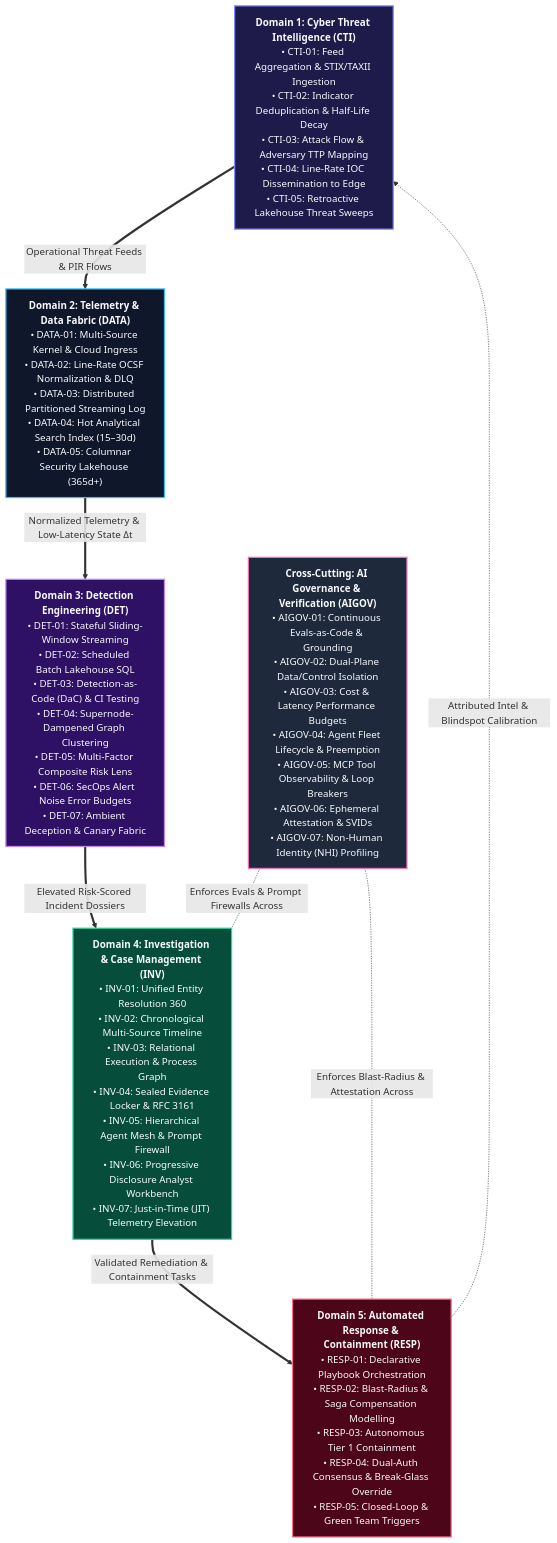
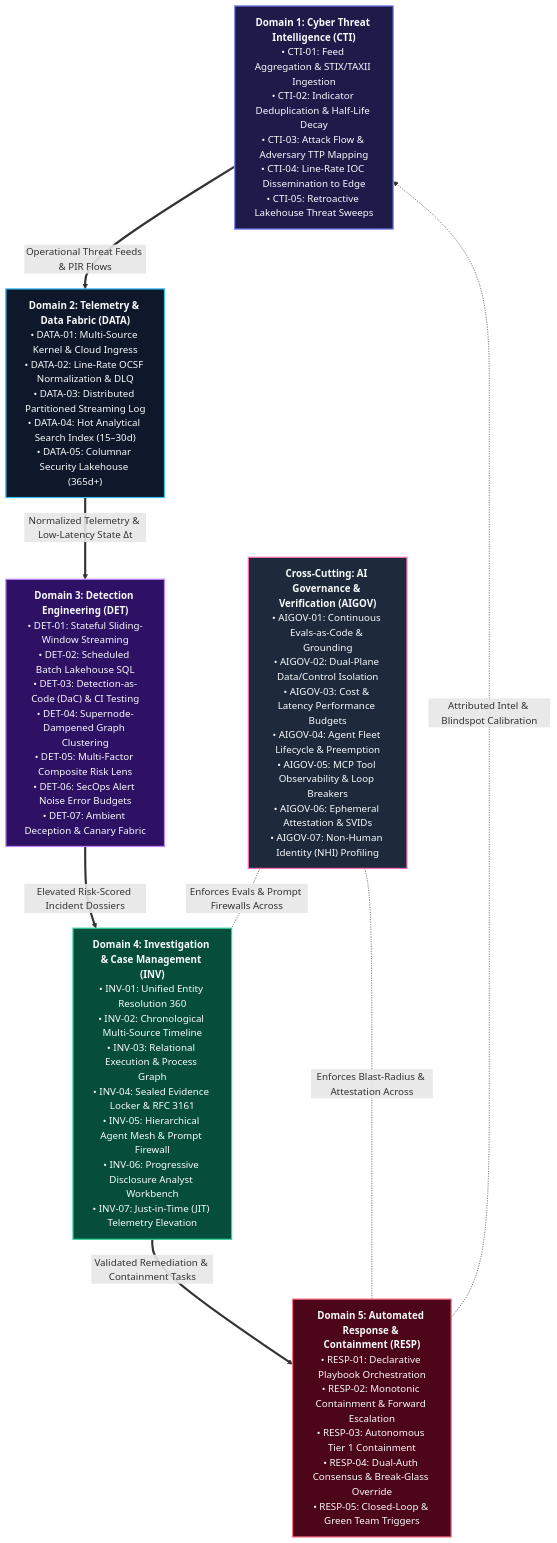
One commit to Haribu/TIDIR changed the diagram in docs/architecture/02-capability-model.md. Above: the diagram before and after it, drawn with Mermaid. The commit also changed other lines of this file and 10 other files, not shown here.

Commit message:
refactor(diagrams): harmonize remaining component diagrams to monotonic containment

````diff
--- a/docs/architecture/02-capability-model.md
+++ b/docs/architecture/02-capability-model.md
@@ -11,30 +11,30 @@
 ```mermaid
 flowchart TB
   %% Class Definitions for High Contrast & Visual Clarity
   classDef cti fill:#1e1b4b,stroke:#818cf8,stroke-width:2px,color:#f8fafc;
   classDef data fill:#0f172a,stroke:#38bdf8,stroke-width:2px,color:#f8fafc;
   classDef det fill:#2e1065,stroke:#c084fc,stroke-width:2px,color:#f8fafc;
   classDef inv fill:#064e3b,stroke:#34d399,stroke-width:2px,color:#f8fafc;
   classDef resp fill:#4c0519,stroke:#fb7185,stroke-width:2px,color:#f8fafc;
   classDef aigov fill:#1e293b,stroke:#f472b6,stroke-width:2px,color:#f8fafc;
 
   D1["<b>Domain 1: Cyber Threat Intelligence (CTI)</b><br/>• CTI-01: Feed Aggregation & STIX/TAXII Ingestion<br/>• CTI-02: Indicator Deduplication & Half-Life Decay<br/>• CTI-03: Attack Flow & Adversary TTP Mapping<br/>• CTI-04: Line-Rate IOC Dissemination to Edge<br/>• CTI-05: Retroactive Lakehouse Threat Sweeps"]:::cti
 
   D2["<b>Domain 2: Telemetry & Data Fabric (DATA)</b><br/>• DATA-01: Multi-Source Kernel & Cloud Ingress<br/>• DATA-02: Line-Rate OCSF Normalization & DLQ<br/>• DATA-03: Distributed Partitioned Streaming Log<br/>• DATA-04: Hot Analytical Search Index (15–30d)<br/>• DATA-05: Columnar Security Lakehouse (365d+)"]:::data
 
   D3["<b>Domain 3: Detection Engineering (DET)</b><br/>• DET-01: Stateful Sliding-Window Streaming<br/>• DET-02: Scheduled Batch Lakehouse SQL<br/>• DET-03: Detection-as-Code (DaC) & CI Testing<br/>• DET-04: Supernode-Dampened Graph Clustering<br/>• DET-05: Multi-Factor Composite Risk Lens<br/>• DET-06: SecOps Alert Noise Error Budgets<br/>• DET-07: Ambient Deception & Canary Fabric"]:::det
 
   D4["<b>Domain 4: Investigation & Case Management (INV)</b><br/>• INV-01: Unified Entity Resolution 360<br/>• INV-02: Chronological Multi-Source Timeline<br/>• INV-03: Relational Execution & Process Graph<br/>• INV-04: Sealed Evidence Locker & RFC 3161<br/>• INV-05: Hierarchical Agent Mesh & Prompt Firewall<br/>• INV-06: Progressive Disclosure Analyst Workbench<br/>• INV-07: Just-in-Time (JIT) Telemetry Elevation"]:::inv
 
-  D5["<b>Domain 5: Automated Response & Containment (RESP)</b><br/>• RESP-01: Declarative Playbook Orchestration<br/>• RESP-02: Blast-Radius & Saga Compensation Modelling<br/>• RESP-03: Autonomous Tier 1 Containment<br/>• RESP-04: Dual-Auth Consensus & Break-Glass Override<br/>• RESP-05: Closed-Loop & Green Team Triggers"]:::resp
+  D5["<b>Domain 5: Automated Response & Containment (RESP)</b><br/>• RESP-01: Declarative Playbook Orchestration<br/>• RESP-02: Monotonic Containment & Forward Escalation<br/>• RESP-03: Autonomous Tier 1 Containment<br/>• RESP-04: Dual-Auth Consensus & Break-Glass Override<br/>• RESP-05: Closed-Loop & Green Team Triggers"]:::resp
 
   GOV["<b>Cross-Cutting: AI Governance & Verification (AIGOV)</b><br/>• AIGOV-01: Continuous Evals-as-Code & Grounding<br/>• AIGOV-02: Dual-Plane Data/Control Isolation<br/>• AIGOV-03: Cost & Latency Performance Budgets<br/>• AIGOV-04: Agent Fleet Lifecycle & Preemption<br/>• AIGOV-05: MCP Tool Observability & Loop Breakers<br/>• AIGOV-06: Ephemeral Attestation & SVIDs<br/>• AIGOV-07: Non-Human Identity (NHI) Profiling"]:::aigov
 
   D1 ==>|Operational Threat Feeds & PIR Flows| D2
   D2 ==>|Normalized Telemetry & Low-Latency State Δt| D3
   D3 ==>|Elevated Risk-Scored Incident Dossiers| D4
   D4 ==>|Validated Remediation & Containment Tasks| D5
   D5 -.->|Attributed Intel & Blindspot Calibration| D1
   GOV -.-|Enforces Evals & Prompt Firewalls Across| D4
   GOV -.-|Enforces Blast-Radius & Attestation Across| D5
 ```
````
